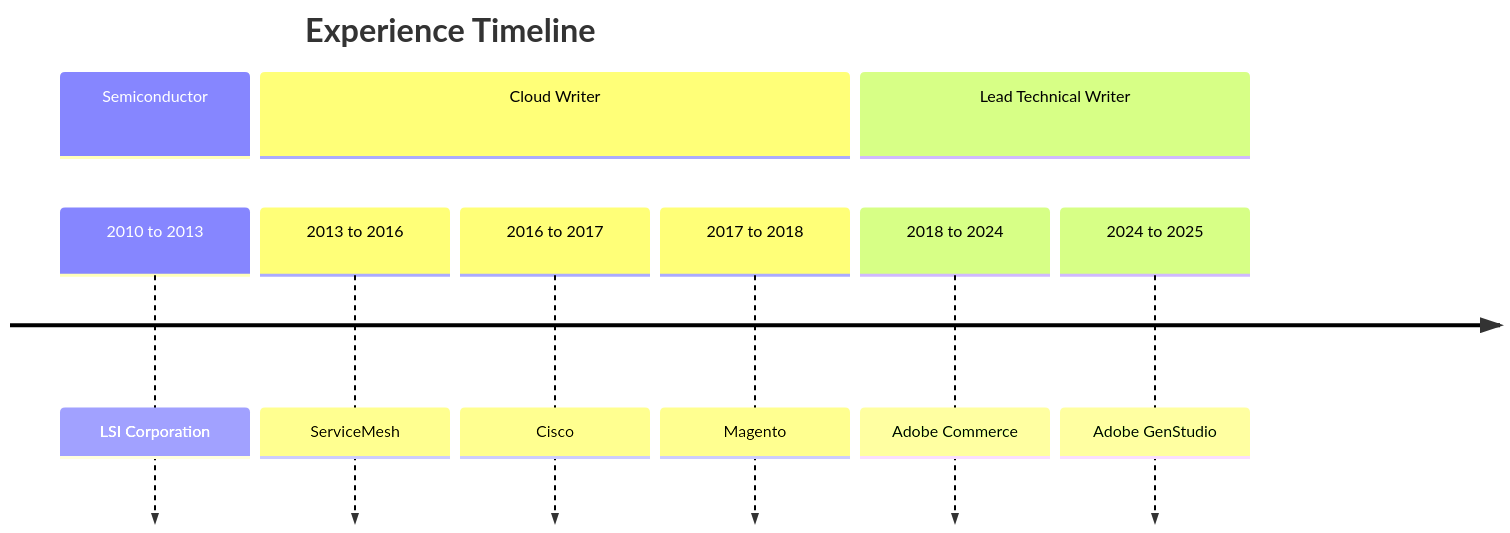
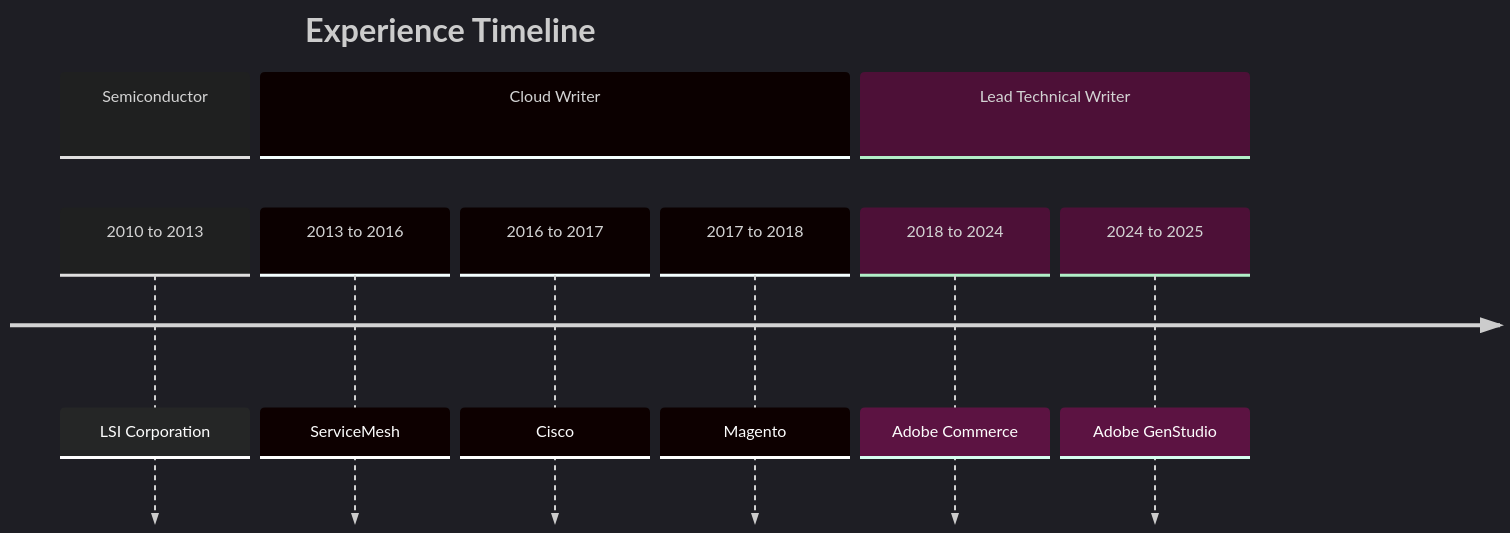
Before and after one commit to hguthrie/hguthrie.github.io: the diagram in mind-mapping.md, drawn with Mermaid.

Commit message:
Update mind-mapping.md
mermaid theme

````diff
--- a/mind-mapping.md
+++ b/mind-mapping.md
@@ -19,13 +19,18 @@
 ```mermaid
+---
+config:
+  logLevel: 'debug'
+  theme: 'dark'
+---
 timeline
     title Experience Timeline
     section Semiconductor
     2010 to 2013 : LSI Corporation
     section Cloud Writer
         2013 to 2016 : ServiceMesh
         2016 to 2017 : Cisco
         2017 to 2018 : Magento
     section Lead Technical Writer
         2018 to 2024 : Adobe Commerce
         2024 to 2025 : Adobe GenStudio
 ```
````
